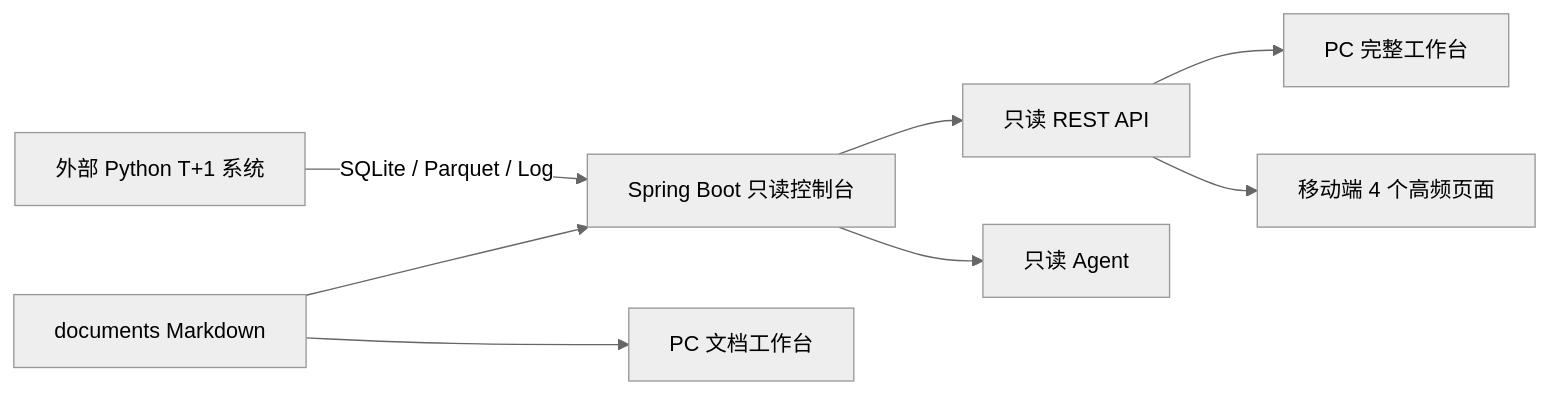
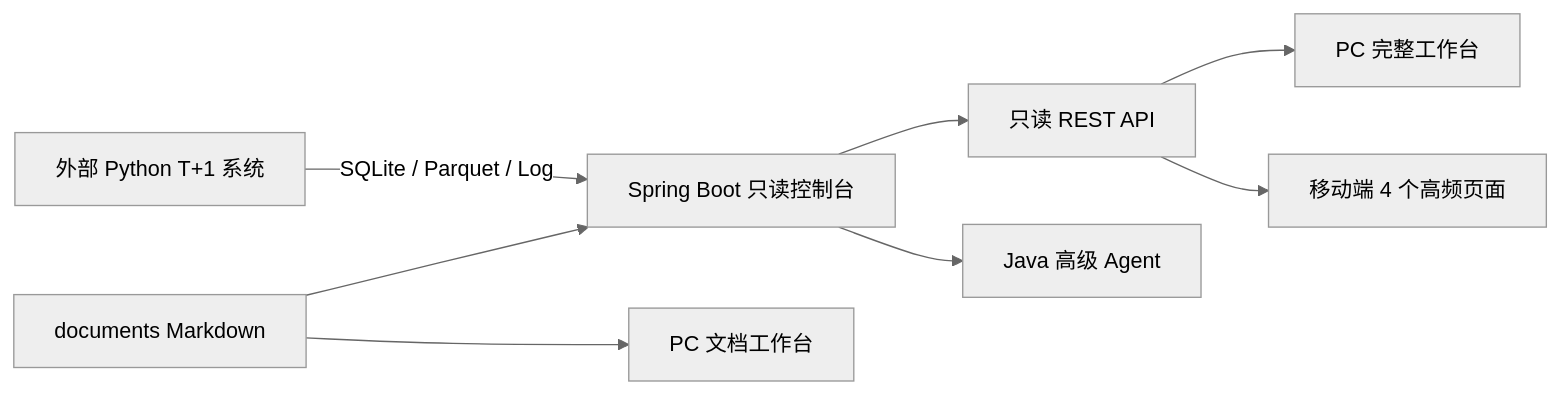
The diagram in documents/index.md (mwangli/stock-trading), drawn with Mermaid (neutral theme) before and after one commit. The commit also changed other lines of this file and 28 other files, not shown here.

Commit message:
feat-agent-java-workflows

````diff
--- a/documents/index.md
+++ b/documents/index.md
@@ -23,10 +23,10 @@
 ```mermaid
 flowchart LR
   P[外部 Python T+1 系统] -->|SQLite / Parquet / Log| B[Spring Boot 只读控制台]
   D[documents Markdown] --> B
   B --> API[只读 REST API]
   API --> PC[PC 完整工作台]
   API --> M[移动端 4 个高频页面]
-  B --> A[只读 Agent]
+  B --> A[Java 高级 Agent]
   D --> W[PC 文档工作台]
 ```
````
